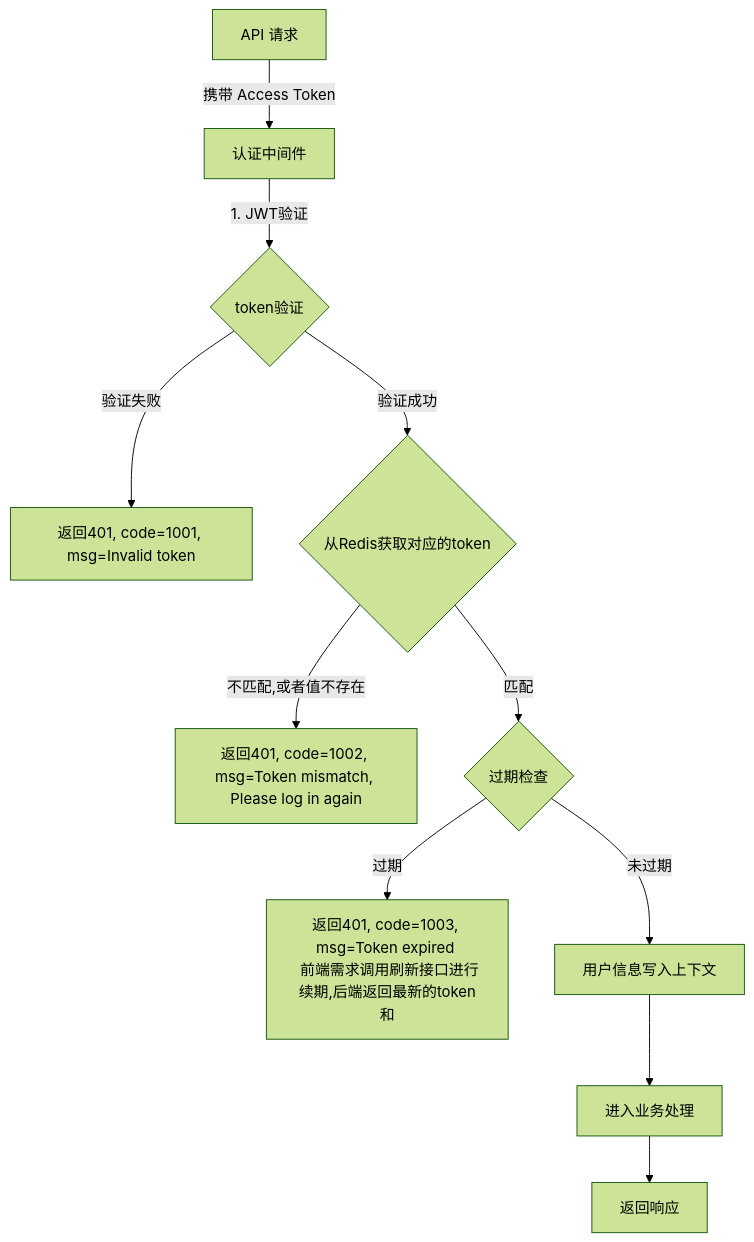
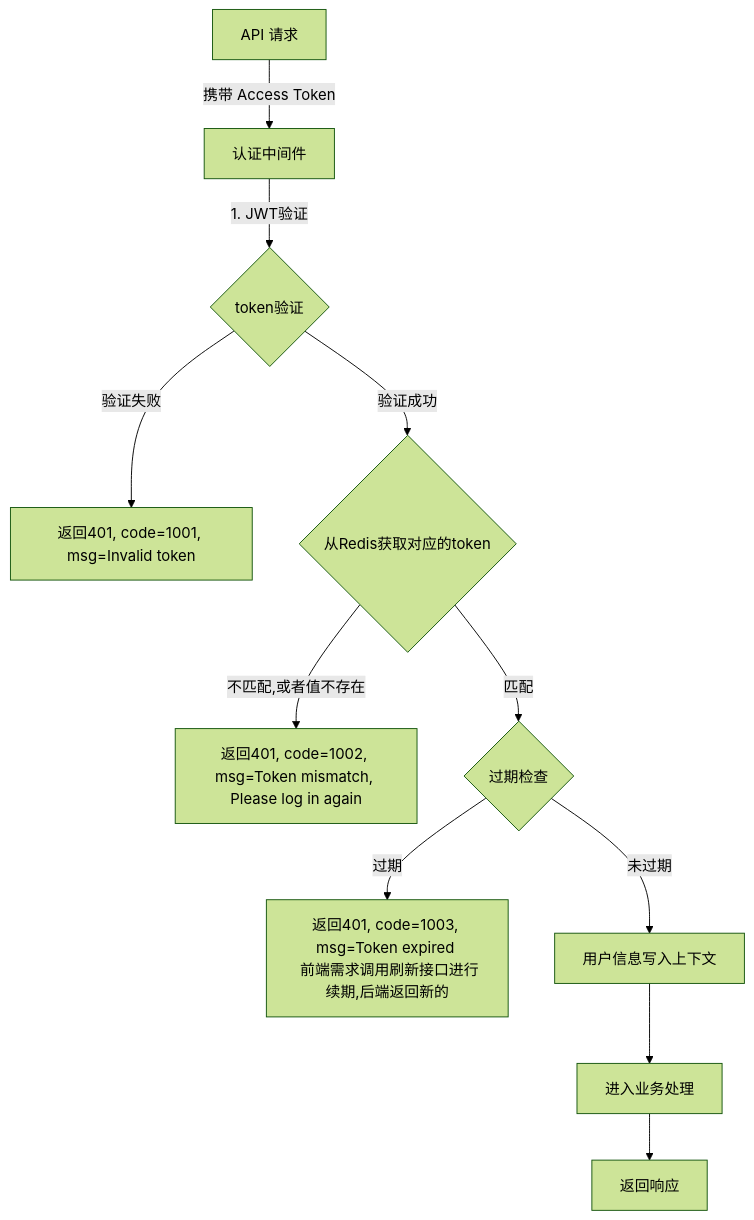
One commit to yingjianzh/iodraw-files changed the diagram in all/未命名-16.md. Above: the diagram before and after it, drawn with Mermaid (forest theme).

Commit message:
2025-01-08 14:59:28 update

````diff
--- a/all/未命名-16.md
+++ b/all/未命名-16.md
@@ -1,17 +1,17 @@
 ```mermaid
 
 flowchart TD
     A[API 请求] -->|携带 Access Token| B[认证中间件]
     B -->|1. JWT验证| C{token验证}
     C -->|验证失败| D[返回401, code=1001, msg=Invalid token]
     C -->|验证成功| I{从Redis获取对应的token}
     
     I -->|不匹配,或者值不存在| J[返回401, code=1002, msg=Token mismatch, Please log in again]
     I -->|匹配| F{过期检查}
     
-    F -->|过期| E[返回401, code=1003, msg=Token expired \n 前端需求调用刷新接口进行续期,后端返回最新的token和]
+    F -->|过期| E[返回401, code=1003, msg=Token expired \n 前端需求调用刷新接口进行续期,后端返回新的]
     F -->|未过期| K[用户信息写入上下文]
     K --> L[进入业务处理]
     L --> N[返回响应]
 
 ```
````
